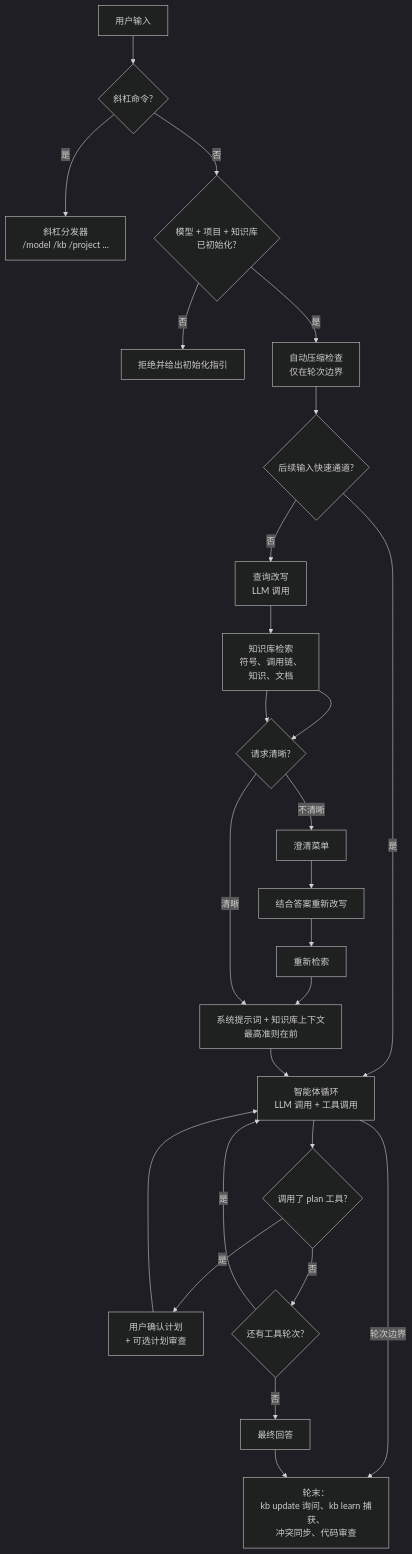
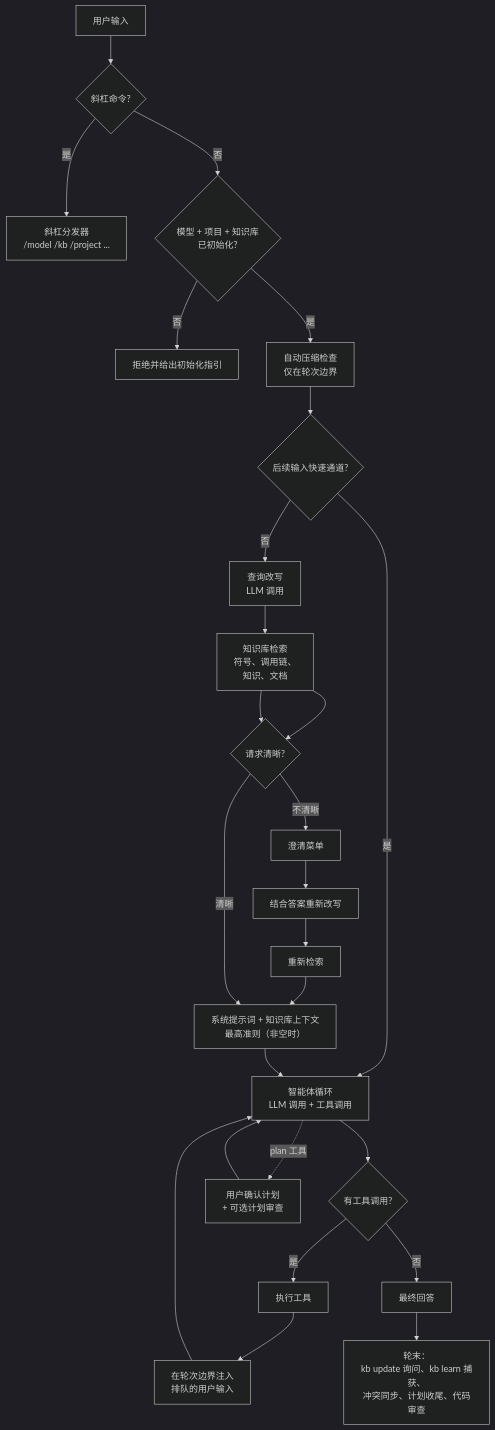
The diagram in docs/zh-CN/concepts/agent-workflow.md (HaloTech-Co-Ltd/hk2), drawn with Mermaid (dark theme) before and after one commit. The commit also changed other lines of this file and 42 other files, not shown here.

````diff
--- a/docs/zh-CN/concepts/agent-workflow.md
+++ b/docs/zh-CN/concepts/agent-workflow.md
@@ -12,23 +12,21 @@
 ```mermaid
 flowchart TD
     U[用户输入] --> SL{斜杠命令?}
     SL -- 是 --> SC[斜杠分发器<br/>/model /kb /project ...]
     SL -- 否 --> GATE{模型 + 项目 + 知识库<br/>已初始化?}
     GATE -- 否 --> HINT[拒绝并给出初始化指引]
     GATE -- 是 --> AC[自动压缩检查<br/>仅在轮次边界]
     AC --> FL{后续输入快速通道?}
     FL -- 是 --> LOOP
     FL -- 否 --> RW[查询改写<br/>LLM 调用] --> KB[知识库检索<br/>符号、调用链、<br/>知识、文档] --> ASSESS{请求清晰?}
     ASSESS -- 不清晰 --> MENU[澄清菜单] --> RW2[结合答案重新改写] --> KB2[重新检索] --> SP
     ASSESS -- 清晰 --> SP
     KB --> ASSESS
-    SP[系统提示词 + 知识库上下文<br/>最高准则在前] --> LOOP[智能体循环<br/>LLM 调用 + 工具调用]
-    LOOP --> PLAN{调用了 plan 工具?}
-    PLAN -- 是 --> CONFIRM[用户确认计划<br/>+ 可选计划审查]
+    SP[系统提示词 + 知识库上下文<br/>最高准则（非空时）] --> LOOP[智能体循环<br/>LLM 调用 + 工具调用]
+    LOOP --> TOOLS{有工具调用?}
+    TOOLS -- 是 --> EXEC[执行工具] --> QUEUE[在轮次边界注入<br/>排队的用户输入] --> LOOP
+    TOOLS -- 否 --> ANS[最终回答]
+    LOOP -.plan 工具.-> CONFIRM[用户确认计划<br/>+ 可选计划审查]
     CONFIRM --> LOOP
-    PLAN -- 否 --> MORE{还有工具轮次?}
-    MORE -- 是 --> LOOP
-    MORE -- 否 --> ANS[最终回答]
-    LOOP --> |轮次边界| EOT[轮末：<br/>kb update 询问、kb learn 捕获、<br/>冲突同步、代码审查]
-    ANS --> EOT
+    ANS --> EOT[轮末：<br/>kb update 询问、kb learn 捕获、<br/>冲突同步、计划收尾、代码审查]
 ```
````
